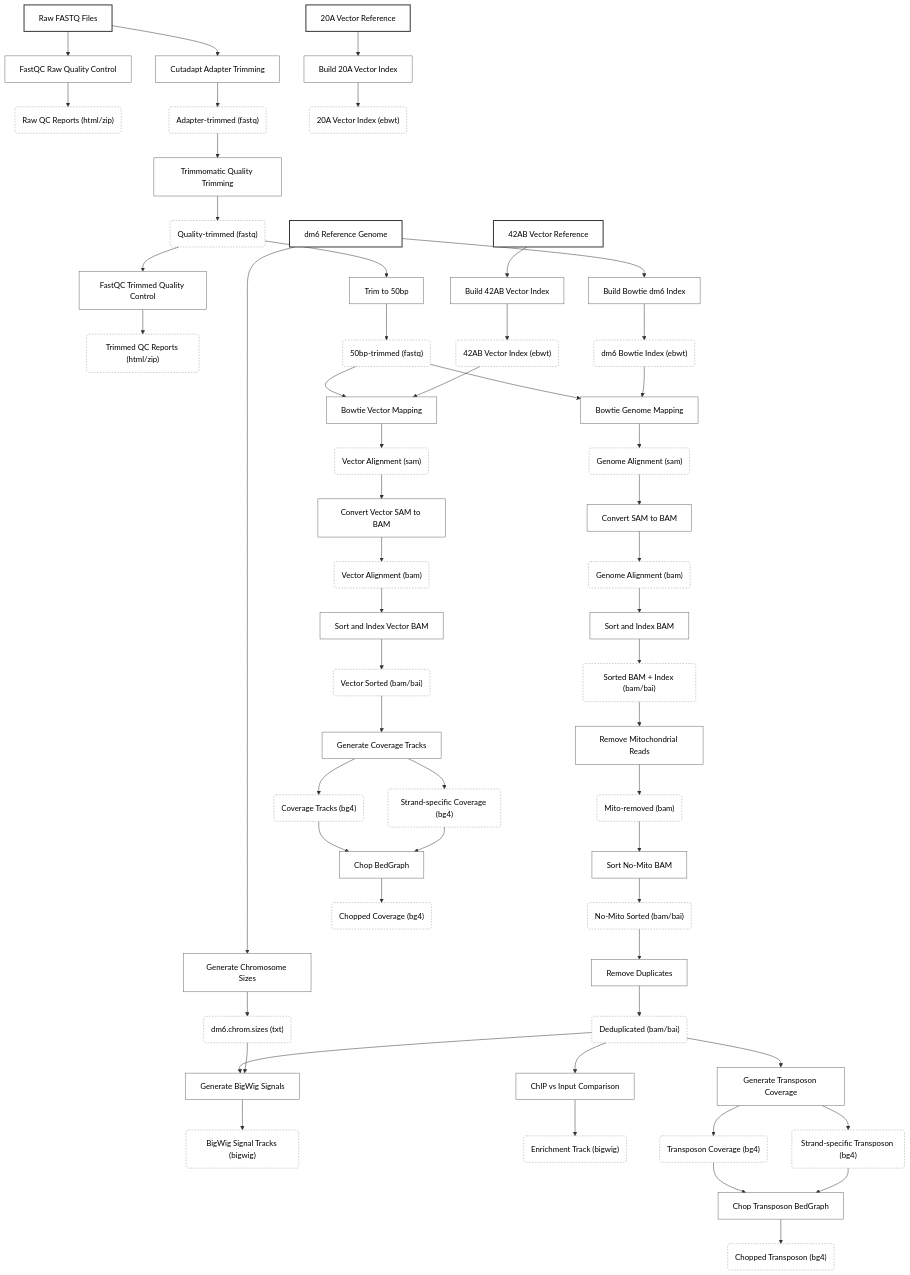
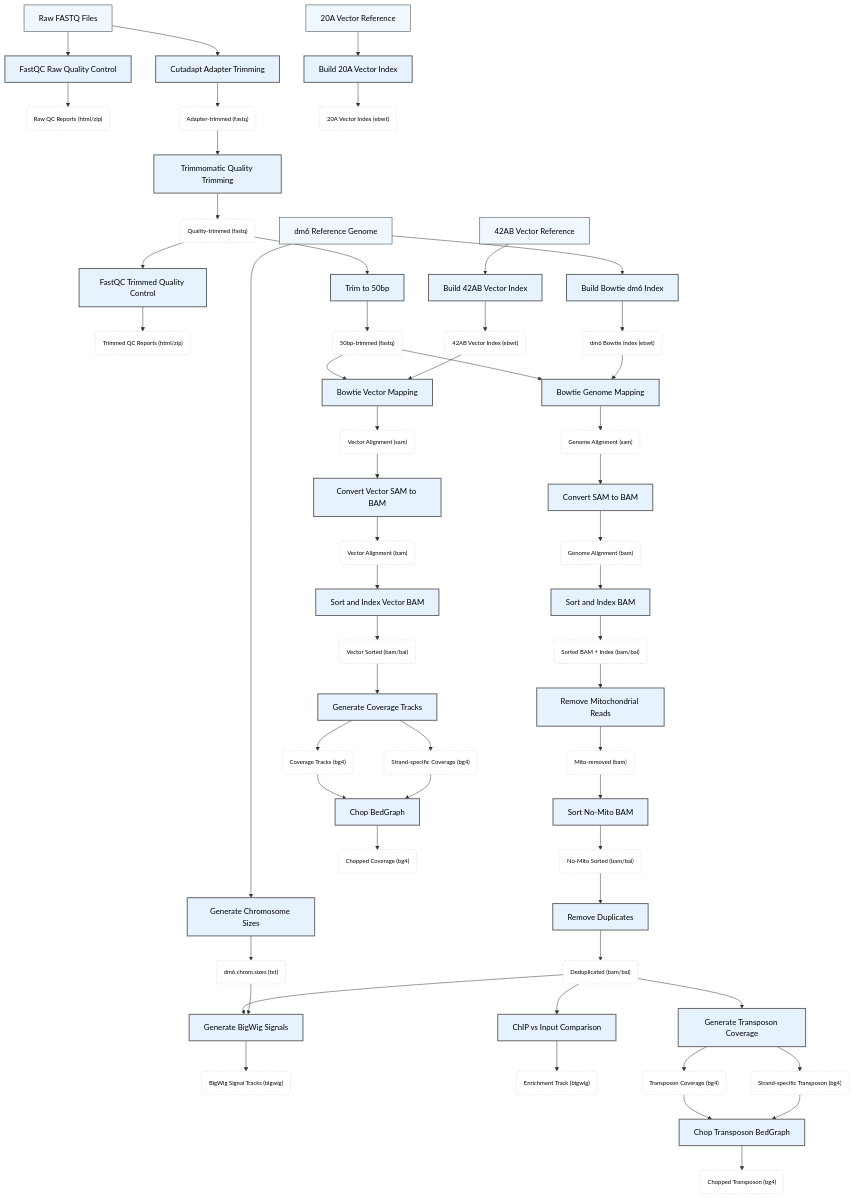
Before and after one commit to stevehanstudio/piRNA_workflow: the diagram in Shared/Scripts/mermaid/chipseq_workflow.mmd, drawn with Mermaid.

Commit message:
Add Mermaid Chip-seq diagram

```diff
--- a/Shared/Scripts/mermaid/chipseq_workflow.mmd
+++ b/Shared/Scripts/mermaid/chipseq_workflow.mmd
@@ -1,83 +1,83 @@
 graph TD
     %% Input data
     raw_fastq[Raw FASTQ Files] --> fastqc_raw[FastQC Raw Quality Control]
     fastqc_raw --> raw_qc_reports("Raw QC Reports (html/zip)")
     
     %% Quality control and trimming
     raw_fastq --> cutadapt[Cutadapt Adapter Trimming]
     cutadapt --> adapter_trimmed("Adapter-trimmed (fastq)")
     adapter_trimmed --> trimmomatic[Trimmomatic Quality Trimming]
     trimmomatic --> quality_trimmed("Quality-trimmed (fastq)")
     quality_trimmed --> fastqc_trimmed[FastQC Trimmed Quality Control]
     fastqc_trimmed --> trimmed_qc_reports("Trimmed QC Reports (html/zip)")
     quality_trimmed --> trim_50bp[Trim to 50bp]
     trim_50bp --> fastq_50bp("50bp-trimmed (fastq)")
     
     %% Index building (parallel processes)
     dm6_genome[dm6 Reference Genome] --> build_dm6_index[Build Bowtie dm6 Index]
     build_dm6_index --> dm6_index("dm6 Bowtie Index (ebwt)")
     vector_42ab[42AB Vector Reference] --> build_42ab_index[Build 42AB Vector Index]
     build_42ab_index --> vector_42ab_index("42AB Vector Index (ebwt)")
     vector_20a[20A Vector Reference] --> build_20a_index[Build 20A Vector Index]
     build_20a_index --> vector_20a_index("20A Vector Index (ebwt)")
     dm6_genome --> generate_chrom_sizes[Generate Chromosome Sizes]
     generate_chrom_sizes --> chrom_sizes_file("dm6.chrom.sizes (txt)")
     
     %% Genome mapping workflow
     fastq_50bp --> bowtie_genome[Bowtie Genome Mapping]
     dm6_index --> bowtie_genome
     bowtie_genome --> genome_sam("Genome Alignment (sam)")
     genome_sam --> sam_to_bam[Convert SAM to BAM]
     sam_to_bam --> genome_bam("Genome Alignment (bam)")
     genome_bam --> sort_index_bam[Sort and Index BAM]
     sort_index_bam --> sorted_bam("Sorted BAM + Index (bam/bai)")
     sorted_bam --> remove_mito[Remove Mitochondrial Reads]
     remove_mito --> mito_removed_bam("Mito-removed (bam)")
     mito_removed_bam --> sort_no_mito[Sort No-Mito BAM]
     sort_no_mito --> no_mito_sorted("No-Mito Sorted (bam/bai)")
     no_mito_sorted --> remove_duplicates[Remove Duplicates]
     remove_duplicates --> dedup_bam("Deduplicated (bam/bai)")
     
     %% Vector mapping workflow
     fastq_50bp --> bowtie_vector[Bowtie Vector Mapping]
     vector_42ab_index --> bowtie_vector
     bowtie_vector --> vector_sam("Vector Alignment (sam)")
     vector_sam --> vector_sam_to_bam[Convert Vector SAM to BAM]
     vector_sam_to_bam --> vector_bam("Vector Alignment (bam)")
     vector_bam --> sort_vector_bam[Sort and Index Vector BAM]
     sort_vector_bam --> vector_sorted_bam("Vector Sorted (bam/bai)")
     
     %% Signal generation
     dedup_bam --> make_bigwig[Generate BigWig Signals]
     chrom_sizes_file --> make_bigwig
     make_bigwig --> bigwig_signals("BigWig Signal Tracks (bigwig)")
     
     %% Enrichment analysis
     dedup_bam --> chip_vs_input[ChIP vs Input Comparison]
     chip_vs_input --> enrichment_track("Enrichment Track (bigwig)")
     
     %% Coverage analysis
     vector_sorted_bam --> coverage_analysis[Generate Coverage Tracks]
     coverage_analysis --> coverage_tracks("Coverage Tracks (bg4)")
     coverage_analysis --> strand_coverage("Strand-specific Coverage (bg4)")
     coverage_tracks --> chop_bedgraph[Chop BedGraph]
     strand_coverage --> chop_bedgraph
     chop_bedgraph --> chopped_coverage("Chopped Coverage (bg4)")
     
     %% Transposon analysis
     dedup_bam --> transposon_coverage[Generate Transposon Coverage]
     transposon_coverage --> transposon_tracks("Transposon Coverage (bg4)")
     transposon_coverage --> strand_transposon("Strand-specific Transposon (bg4)")
     transposon_tracks --> chop_transposon[Chop Transposon BedGraph]
     strand_transposon --> chop_transposon
     chop_transposon --> chopped_transposon("Chopped Transposon (bg4)")
     
     %% Styling
-    classDef inputFiles fill:white,stroke:#333,stroke-width:2px,color:#000
-    classDef processing fill:white,stroke:#666,stroke-width:1px,color:#000
-    classDef output fill:transparent,stroke:#999,stroke-width:1px,stroke-dasharray: 3 3,color:#000
-    classDef index fill:white,stroke:#333,stroke-width:1px,color:#000
+    classDef inputFiles fill:#f0f8ff,stroke:#333,stroke-width:1x,color:#000,font-size:16px
+    classDef processing fill:#e6f3ff,stroke:#666,stroke-width:2px,color:#000,font-size:16px
+    classDef output fill:white,stroke:#CCC,stroke-width:1px,stroke-dasharray: 3 3,color:#000,font-size:12px,padding:0px
+    classDef index fill:#f0f8ff,stroke:#333,stroke-width:1px,color:#000,font-size:16px
     
     class raw_fastq,dm6_genome,vector_42ab,vector_20a inputFiles
     class fastqc_raw,cutadapt,trimmomatic,fastqc_trimmed,trim_50bp,build_dm6_index,build_42ab_index,build_20a_index,generate_chrom_sizes,bowtie_genome,sam_to_bam,sort_index_bam,remove_mito,sort_no_mito,remove_duplicates,bowtie_vector,vector_sam_to_bam,sort_vector_bam,make_bigwig,chip_vs_input,coverage_analysis,chop_bedgraph,transposon_coverage,chop_transposon processing
     class raw_qc_reports,adapter_trimmed,quality_trimmed,trimmed_qc_reports,fastq_50bp,dm6_index,vector_42ab_index,vector_20a_index,chrom_sizes_file,genome_sam,genome_bam,sorted_bam,mito_removed_bam,no_mito_sorted,dedup_bam,vector_sam,vector_bam,vector_sorted_bam,bigwig_signals,enrichment_track,coverage_tracks,strand_coverage,chopped_coverage,transposon_tracks,strand_transposon,chopped_transposon output
```
